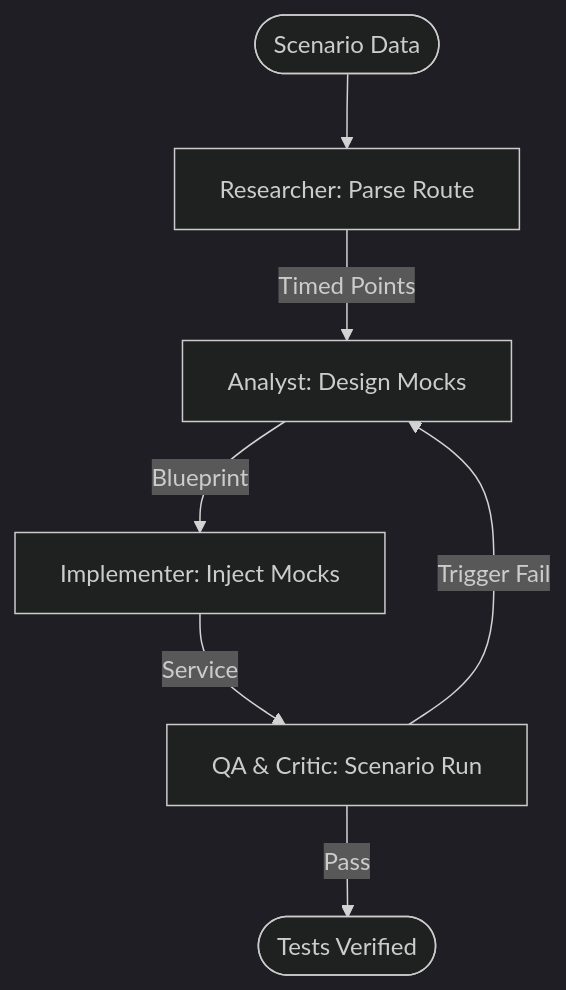
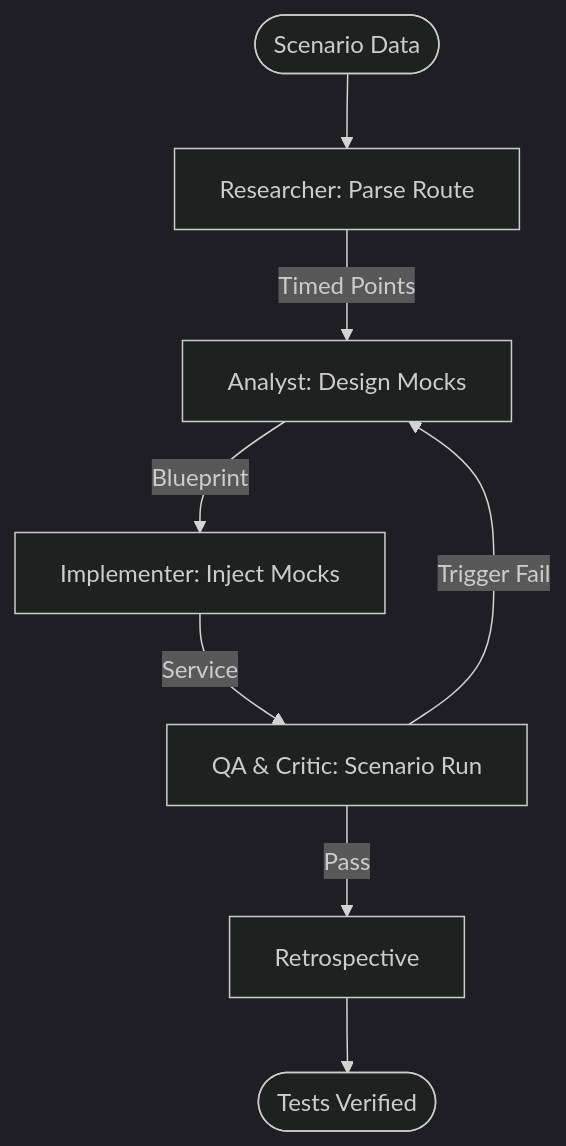
Before and after one commit to seanspiesman/Agents-and-Workflows: the diagram in custom-agents/workflows/arcgis/GeoMock.workflow.md, drawn with Mermaid (dark theme). The commit also changed other lines of this file and 38 other files, not shown here.

````diff
--- a/custom-agents/workflows/arcgis/GeoMock.workflow.md
+++ b/custom-agents/workflows/arcgis/GeoMock.workflow.md
@@ -60,9 +68,10 @@
 ```mermaid
 flowchart TD
     Start([Scenario Data]) --> P1[Researcher: Parse Route]
     P1 -->|Timed Points| P2[Analyst: Design Mocks]
     P2 -->|Blueprint| P3[Implementer: Inject Mocks]
     P3 -->|Service| P4[QA & Critic: Scenario Run]
     P4 -->|Trigger Fail| P2
-    P4 -->|Pass| End([Tests Verified])
+    P4 -->|Pass| P5[Retrospective]
+    P5 --> End([Tests Verified])
 ```
````
